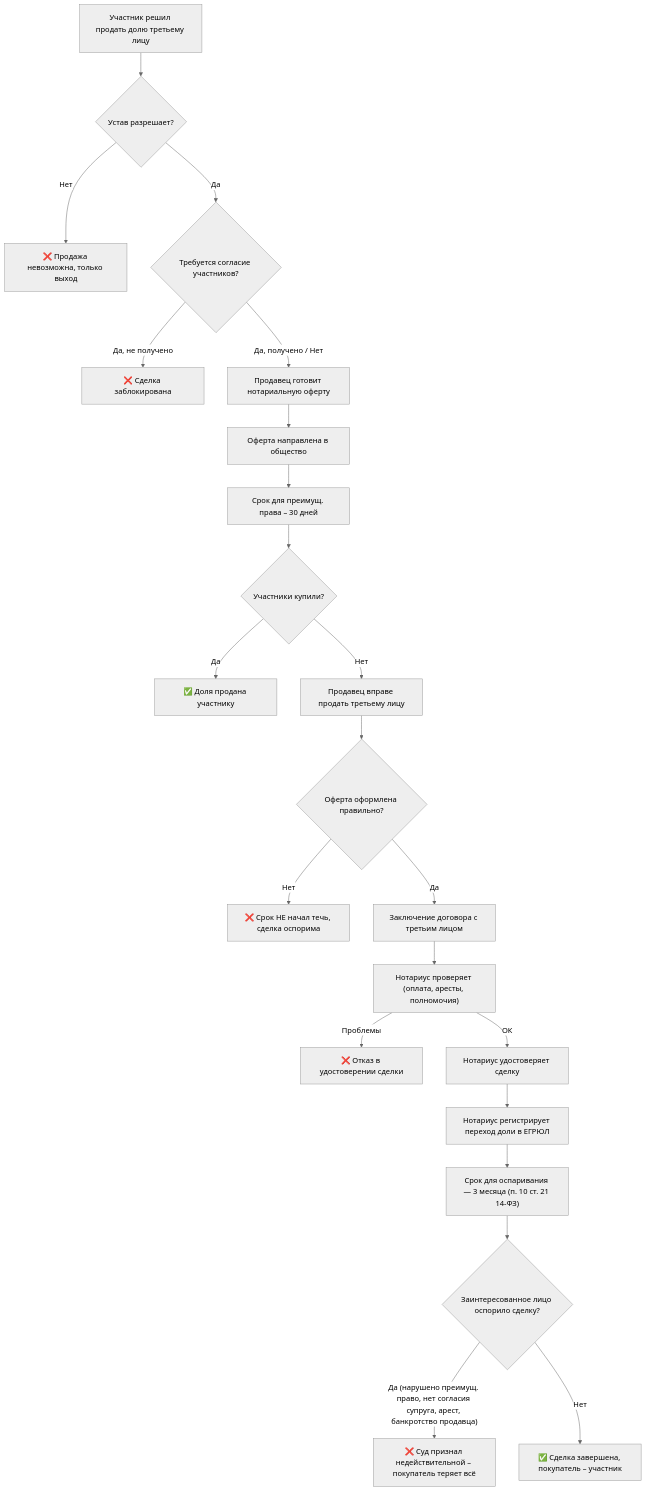
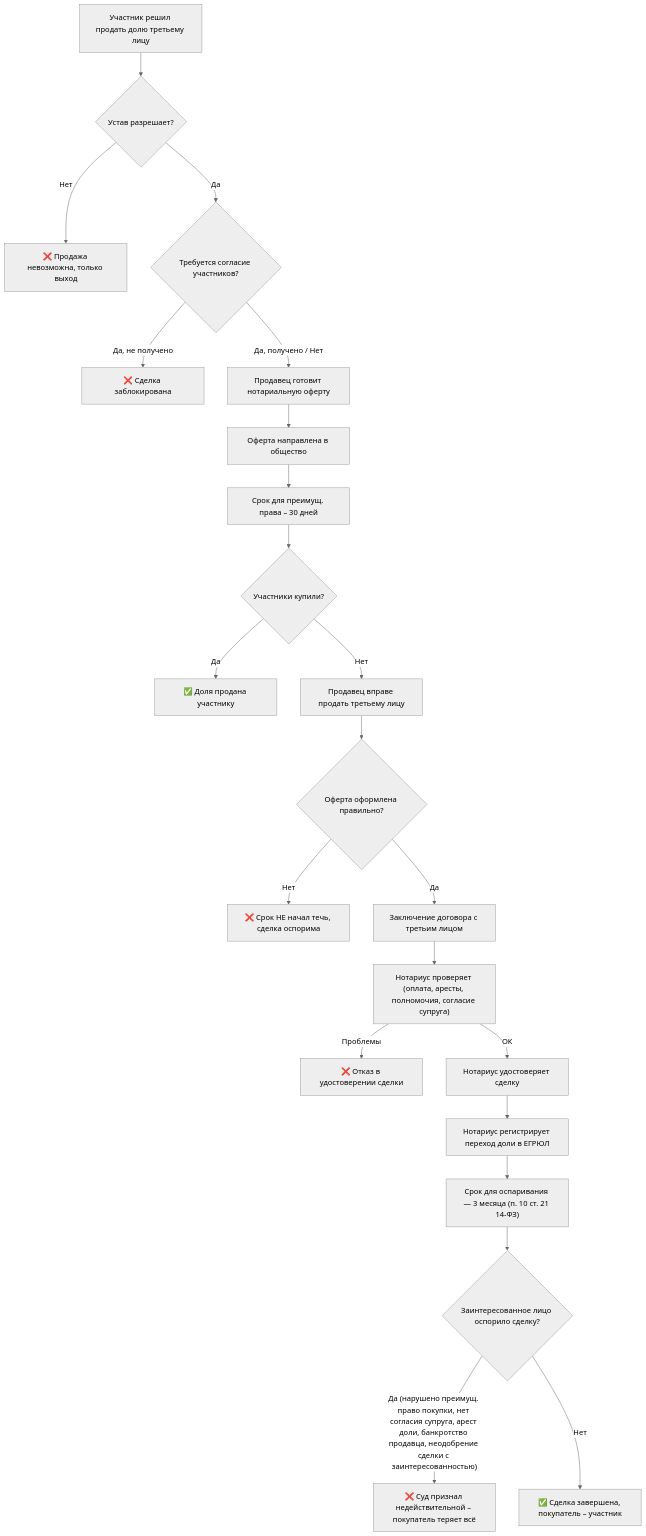
The second of 4 diagrams in docs/business-processes/llc-share-purchase-sale.md (arsenyuk/SamorodinkaTech.Fiducia), drawn with Mermaid (neutral theme) before and after one commit. The commit also changed other lines of this file and 3 other files, not shown here.

````diff
--- a/docs/business-processes/llc-share-purchase-sale.md
+++ b/docs/business-processes/llc-share-purchase-sale.md
@@ -166,24 +168,24 @@
 ```mermaid
 flowchart TD
     A["Участник решил продать долю третьему лицу"] --> B{Устав разрешает?}
     B -->|Нет| C["❌ Продажа невозможна, только выход"]
     B -->|Да| D{Требуется согласие участников?}
     D -->|"Да, не получено"| E["❌ Сделка заблокирована"]
     D -->|"Да, получено / Нет"| F["Продавец готовит нотариальную оферту"]
     F --> G["Оферта направлена в общество"]
     G --> H["Срок для преимущ. права – 30 дней"]
     H --> I{Участники купили?}
     I -->|Да| J["✅ Доля продана участнику"]
     I -->|Нет| K["Продавец вправе продать третьему лицу"]
     K --> L{Оферта оформлена правильно?}
     L -->|Нет| M["❌ Срок НЕ начал течь, сделка оспорима"]
     L -->|Да| N["Заключение договора с третьим лицом"]
-    N --> Q["Нотариус проверяет (оплата, аресты, полномочия)"]
+    N --> Q["Нотариус проверяет (оплата, аресты, полномочия, согласие супруга)"]
     Q -->|Проблемы| R["❌ Отказ в удостоверении сделки"]
     Q -->|ОК| S["Нотариус удостоверяет сделку"]
     S --> T["Нотариус регистрирует переход доли в ЕГРЮЛ"]
     T --> U["Срок для оспаривания — 3 месяца (п. 10 ст. 21 14-ФЗ)"]
     U --> V{Заинтересованное лицо оспорило сделку?}
-    V -->|"Да (нарушено преимущ. право, нет согласия супруга, арест, банкротство продавца)"| W["❌ Суд признал недействительной – покупатель теряет всё"]
+    V -->|"Да (нарушено преимущ. право покупки, нет согласия супруга, арест доли, банкротство продавца, неодобрение сделки с заинтересованностью)"| W["❌ Суд признал недействительной – покупатель теряет всё"]
     V -->|Нет| X["✅ Сделка завершена, покупатель – участник"]
 ```
````
